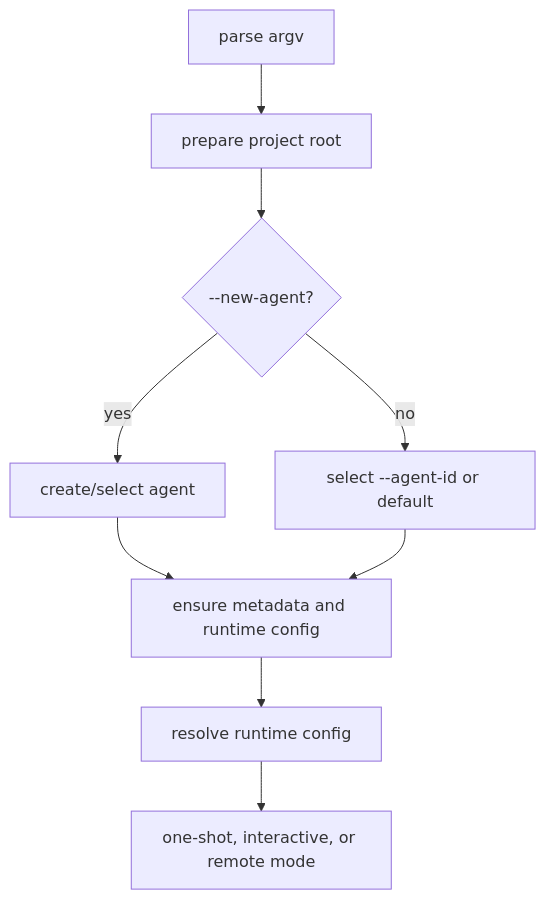
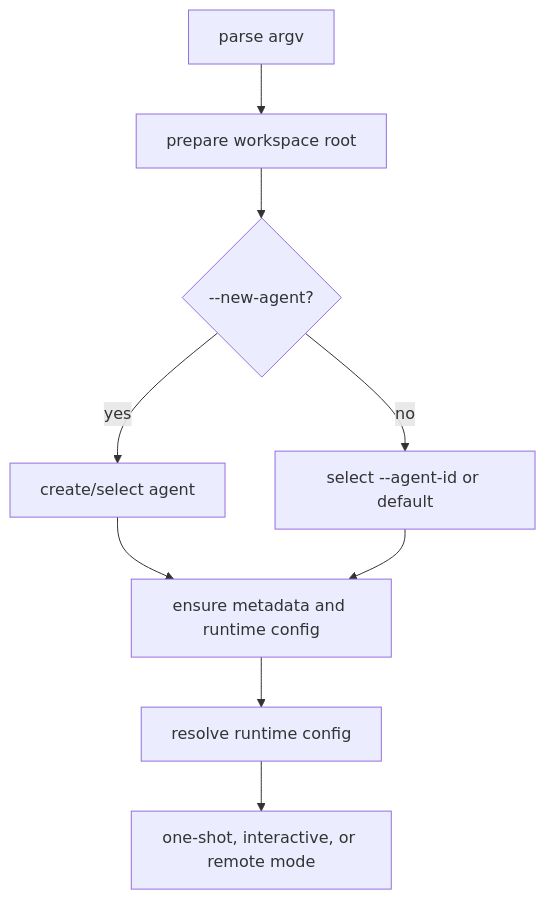
Before and after one commit to yysun/agent-cli: the diagram in .docs/plans/2026/05/20/plan-agent-id-config.md, drawn with Mermaid. The commit also changed other lines of this file and 41 other files, not shown here.

Commit message:
refactor: rename project root to workspace

````diff
--- a/.docs/plans/2026/05/20/plan-agent-id-config.md
+++ b/.docs/plans/2026/05/20/plan-agent-id-config.md
@@ -18,11 +18,11 @@
 ```mermaid
 flowchart TD
-  A[parse argv] --> B[prepare project root]
+  A[parse argv] --> B[prepare workspace root]
   B --> C{--new-agent?}
   C -- yes --> D[create/select agent]
   C -- no --> E[select --agent-id or default]
   D --> F[ensure metadata and runtime config]
   E --> F
   F --> G[resolve runtime config]
   G --> H[one-shot, interactive, or remote mode]
 ```
````
